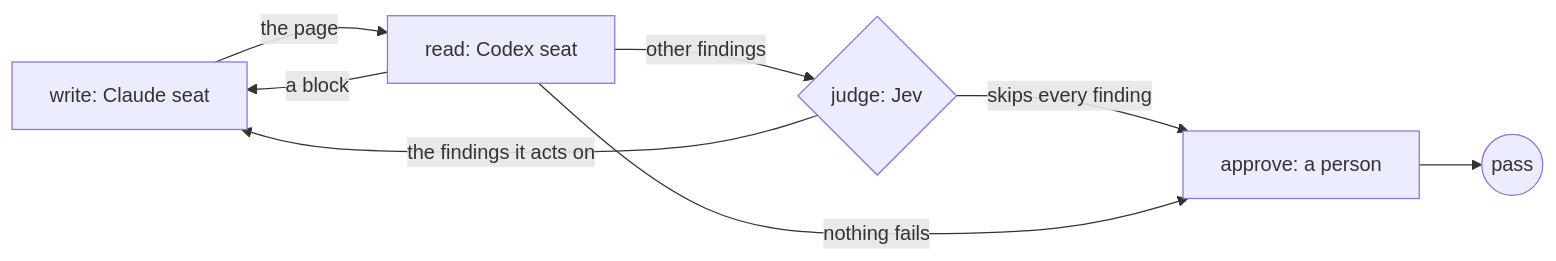
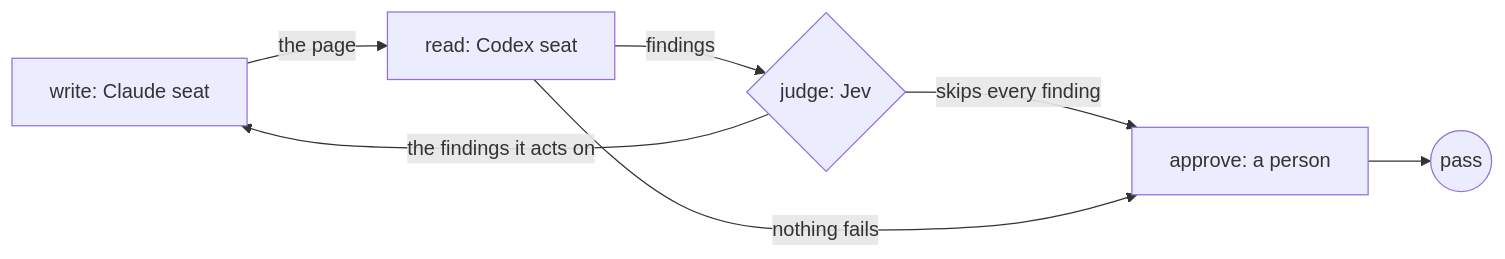
Before and after one commit to jonny981/obversa: the diagram in docs/public/patterns/judge-stops-the-loop.mdx, drawn with Mermaid. The commit also changed other lines of this file and 35 other files, not shown here.

````diff
--- a/docs/public/patterns/judge-stops-the-loop.mdx
+++ b/docs/public/patterns/judge-stops-the-loop.mdx
@@ -24,10 +24,9 @@
 ```mermaid
 flowchart LR
   write["write: Claude seat"] -->|the page| read["read: Codex seat"]
-  read -->|a block| write
-  read -->|other findings| judge{"judge: Jev"}
+  read -->|findings| judge{"judge: Jev"}
   judge -->|the findings it acts on| write
   judge -->|skips every finding| approve["approve: a person"]
   read -->|nothing fails| approve
   approve --> done((pass))
 ```
````
